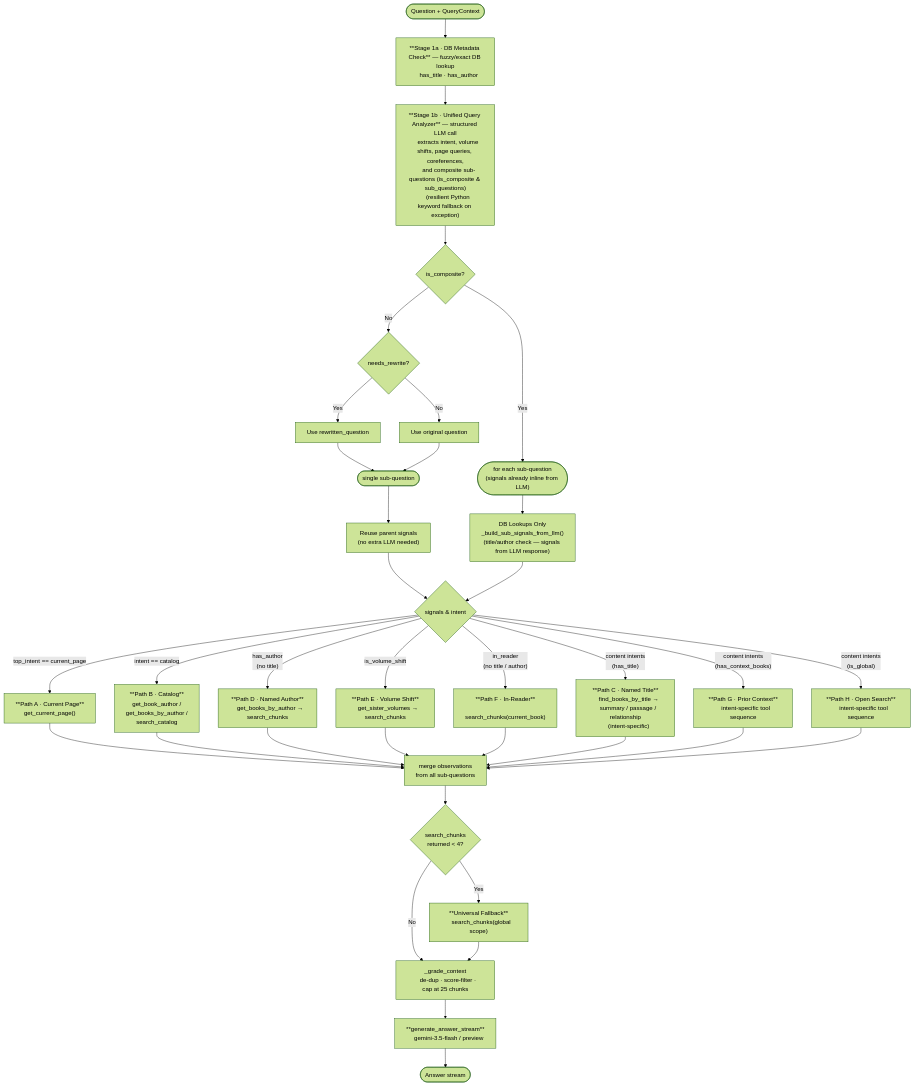
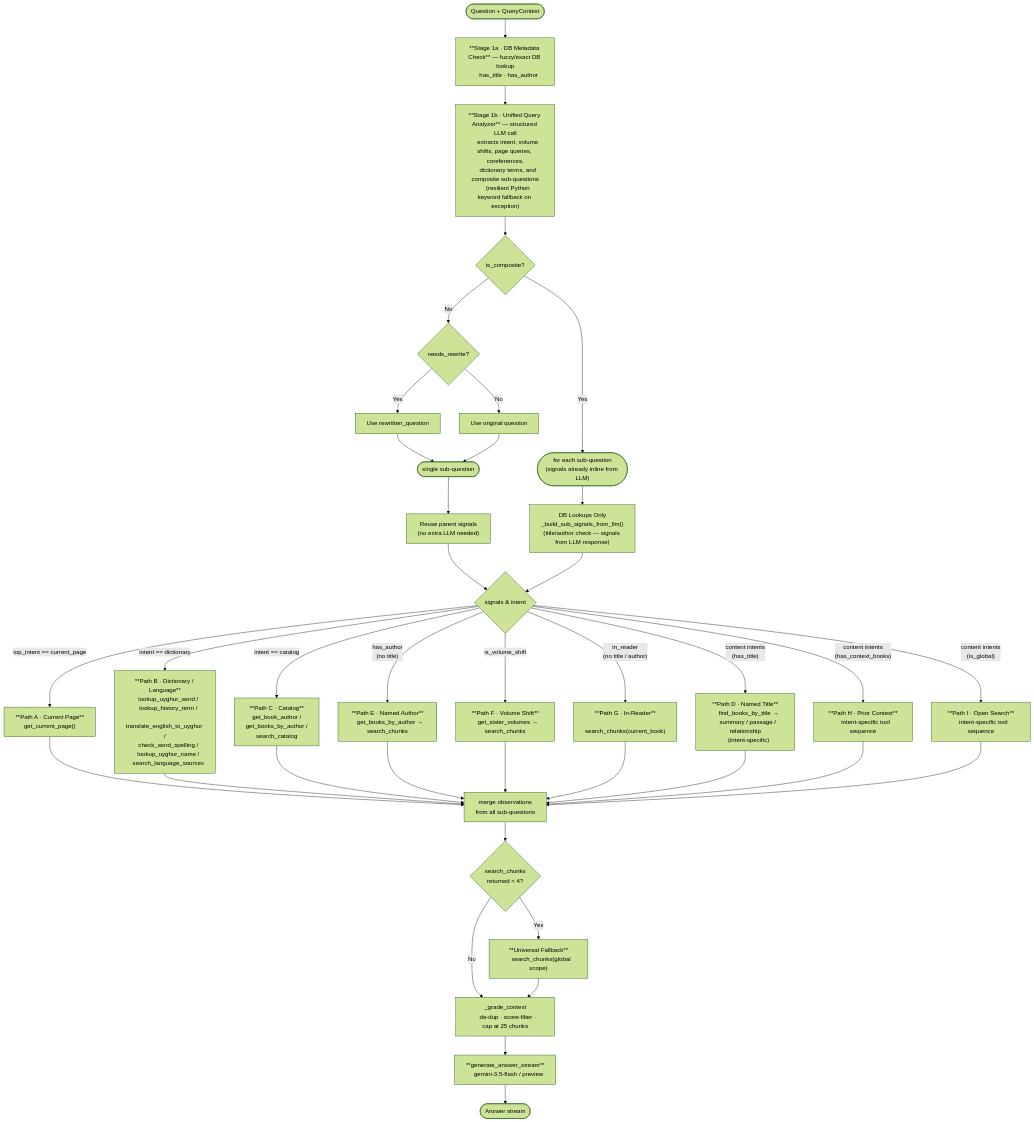
One commit to Kitabim-AI/kitabim-ai changed the diagram in docs/feature/deterministic-router-poc/RAG_DETERMINISTIC_ROUTER_DESIGN.md. Above: the diagram before and after it, drawn with Mermaid (forest theme). The commit also changed other lines of this file and 66 other files, not shown here.

````diff
--- a/docs/feature/deterministic-router-poc/RAG_DETERMINISTIC_ROUTER_DESIGN.md
+++ b/docs/feature/deterministic-router-poc/RAG_DETERMINISTIC_ROUTER_DESIGN.md
@@ -60,73 +60,80 @@
 ```mermaid
 flowchart TD
     Q(["Question + QueryContext"])
 
     Q --> S1_DB["**Stage 1a · DB Metadata Check** — fuzzy/exact DB lookup
     has_title · has_author"]
 
     S1_DB --> S1_LLM["**Stage 1b · Unified Query Analyzer** — structured LLM call
     extracts intent, volume shifts, page queries, coreferences,
-    and composite sub-questions (is_composite & sub_questions)
+    dictionary terms, and composite sub-questions
     (resilient Python keyword fallback on exception)"]
 
     S1_LLM --> COMP{is_composite?}
     COMP -- Yes --> PI(["for each sub-question<br/>(signals already inline from LLM)"])
     COMP -- No --> NR{needs_rewrite?}
     
     NR -- Yes --> USE_REWRITE["Use rewritten_question"]
     NR -- No --> USE_ORIG["Use original question"]
 
     USE_REWRITE --> PI_SINGLE(["single sub-question"])
     USE_ORIG --> PI_SINGLE
 
     PI_SINGLE --> REUSE_SIG["Reuse parent signals<br/>(no extra LLM needed)"]
     PI --> S1_SUB["DB Lookups Only<br/>_build_sub_signals_from_llm()<br/>(title/author check — signals from LLM response)"]
     
     REUSE_SIG --> SIG
     S1_SUB --> SIG
 
     SIG{"signals & intent"}
-    SIG -- "intent == catalog" --> PB["**Path B · Catalog**
+    SIG -- "intent == dictionary" --> PDICT["**Path B · Dictionary / Language**
+    lookup_uyghur_word /
+    lookup_history_term /
+    translate_english_to_uyghur /
+    check_word_spelling /
+    lookup_uyghur_name /
+    search_language_sources"]
+    SIG -- "intent == catalog" --> PCAT["**Path C · Catalog**
     get_book_author /
     get_books_by_author /
     search_catalog"]
     SIG -- "top_intent == current_page" --> PA["**Path A · Current Page**
     get_current_page()"]
     SIG -- "has_author
-    (no title)" --> PD["**Path D · Named Author**
+    (no title)" --> PD["**Path E · Named Author**
     get_books_by_author → search_chunks"]
-    SIG -- is_volume_shift --> PE["**Path E · Volume Shift**
+    SIG -- is_volume_shift --> PE["**Path F · Volume Shift**
     get_sister_volumes → search_chunks"]
     SIG -- "in_reader
-    (no title / author)" --> PF["**Path F · In-Reader**
+    (no title / author)" --> PF["**Path G · In-Reader**
     search_chunks(current_book)"]
     SIG -- "content intents
-    (has_title)" --> PC["**Path C · Named Title**
+    (has_title)" --> PC["**Path D · Named Title**
     find_books_by_title →
     summary / passage / relationship
     (intent-specific)"]
     SIG -- "content intents
-    (has_context_books)" --> PG["**Path G · Prior Context**
+    (has_context_books)" --> PG["**Path H · Prior Context**
     intent-specific tool sequence"]
     SIG -- "content intents
-    (is_global)" --> PH["**Path H · Open Search**
+    (is_global)" --> PH["**Path I · Open Search**
     intent-specific tool sequence"]
 
-    PA & PB & PD & PE & PF & PC & PG & PH --> MERGE
+    PA & PDICT & PCAT & PD & PE & PF & PC & PG & PH --> MERGE
 
     MERGE["merge observations
     from all sub-questions"]
 
     MERGE --> UF{"search_chunks
     returned < 4?"}
     UF -- Yes --> FB["**Universal Fallback**
     search_chunks(global scope)"]
     UF -- No --> GC
     FB --> GC
 
     GC["_grade_context
     de-dup · score-filter · cap at 25 chunks"]
     GC --> ANS["**generate_answer_stream**
     gemini-3.5-flash / preview"]
     ANS --> OUT(["Answer stream"])
 ```
````
